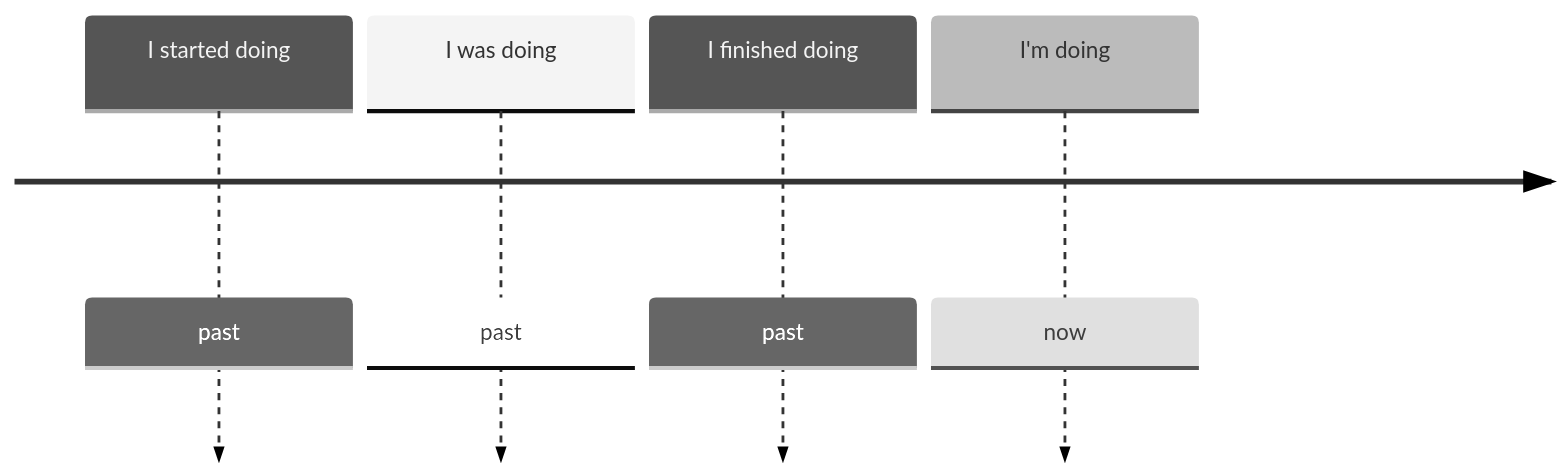
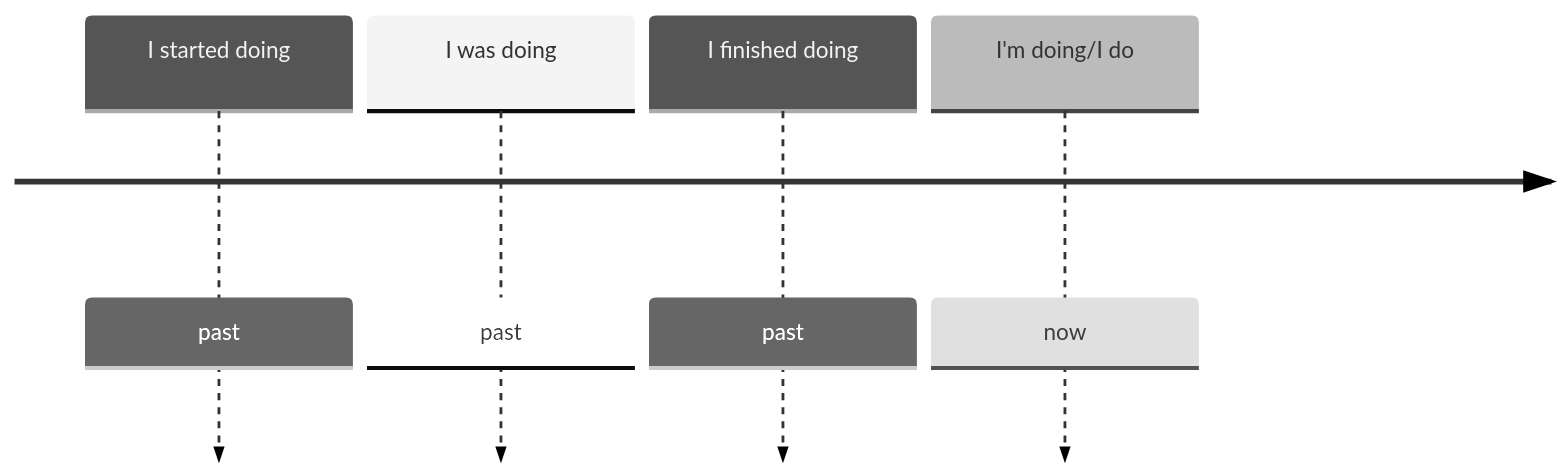
One commit to NishikiChisato/NishikiChisato.github.io changed the third of 3 diagrams in _posts/2025-06-06-english-grammar-in-use-present-and-past.md. Above: the diagram before and after it, drawn with Mermaid. The commit also changed other lines of this file, not shown here.

````diff
--- a/_posts/2025-06-06-english-grammar-in-use-present-and-past.md
+++ b/_posts/2025-06-06-english-grammar-in-use-present-and-past.md
@@ -367,8 +401,8 @@
 ```mermaid
 %%{init: { 'logLevel': 'debug', 'theme': 'neutral' } }%%
 timeline
   I started doing: past
   I was doing: past
   I finished doing: past
-  I'm doing: now
+  I'm doing/I do: now
 ```
````
